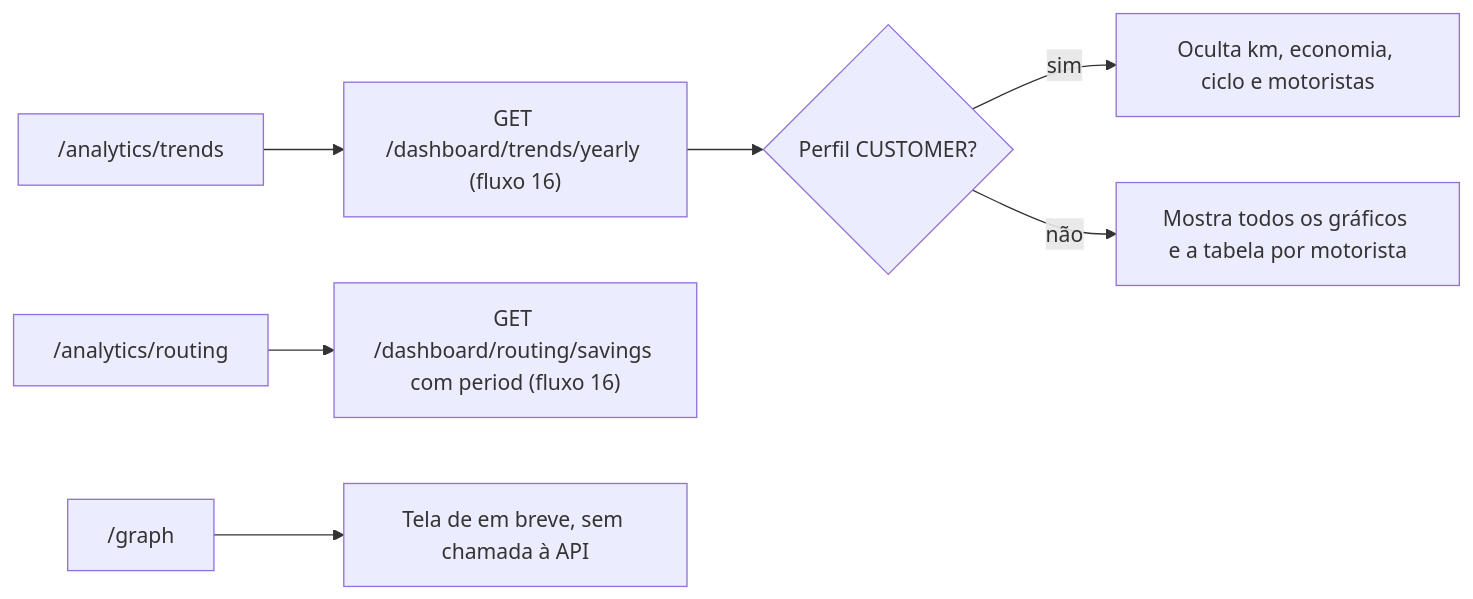
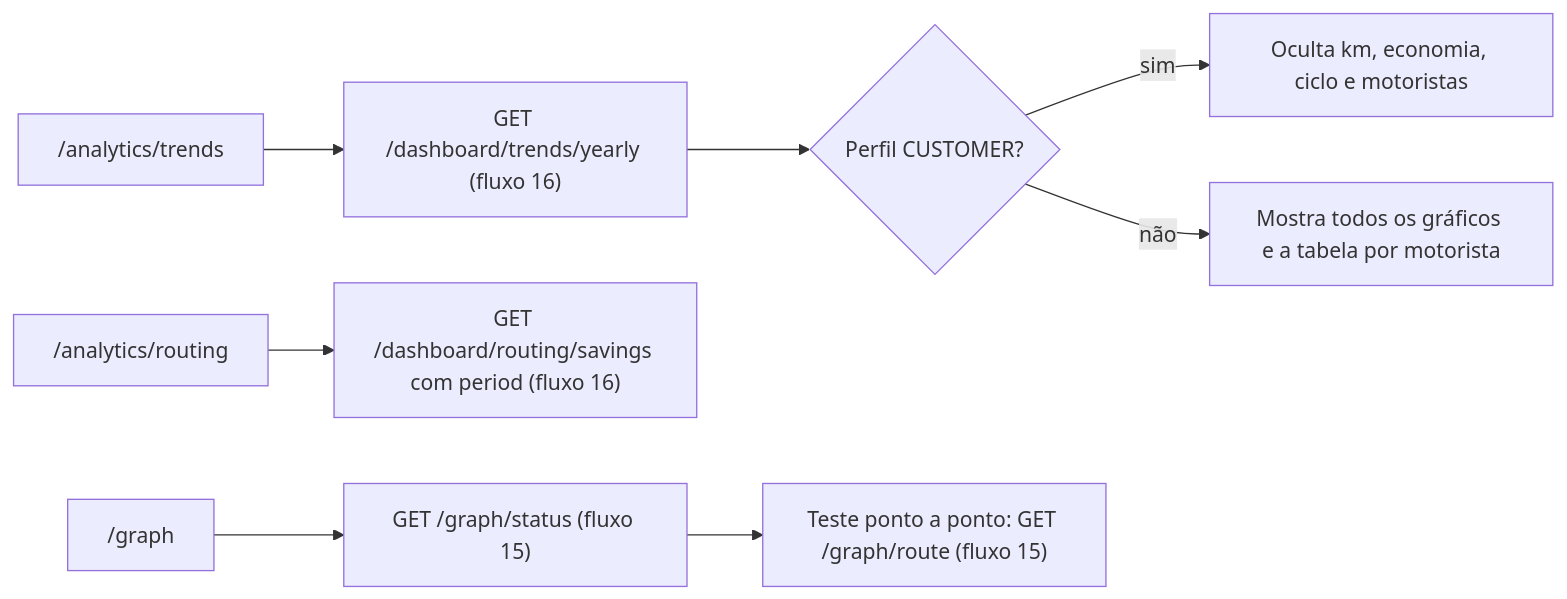
Before and after one commit to Edryck/kj-fleets: the fourth of 4 diagrams in docs/flows/frontend/flow-navegacao.md, drawn with Mermaid. The commit also changed other lines of this file and 10 other files, not shown here.

First line of the commit message:
docs(routing): documenta o modo road com GraphHopper

````diff
--- a/docs/flows/frontend/flow-navegacao.md
+++ b/docs/flows/frontend/flow-navegacao.md
@@ -59,9 +59,10 @@
 ```mermaid
 flowchart LR
     T["/analytics/trends"] --> TQ["GET /dashboard/trends/yearly (fluxo 16)"]
     TQ --> TC{"Perfil CUSTOMER?"}
     TC -- sim --> TH["Oculta km, economia, ciclo e motoristas"]
     TC -- não --> TF["Mostra todos os gráficos e a tabela por motorista"]
     R["/analytics/routing"] --> RQ["GET /dashboard/routing/savings com period (fluxo 16)"]
-    G["/graph"] --> GM["Tela de em breve, sem chamada à API"]
+    G["/graph"] --> GS["GET /graph/status (fluxo 15)"]
+    GS --> GT["Teste ponto a ponto: GET /graph/route (fluxo 15)"]
 ```
````
